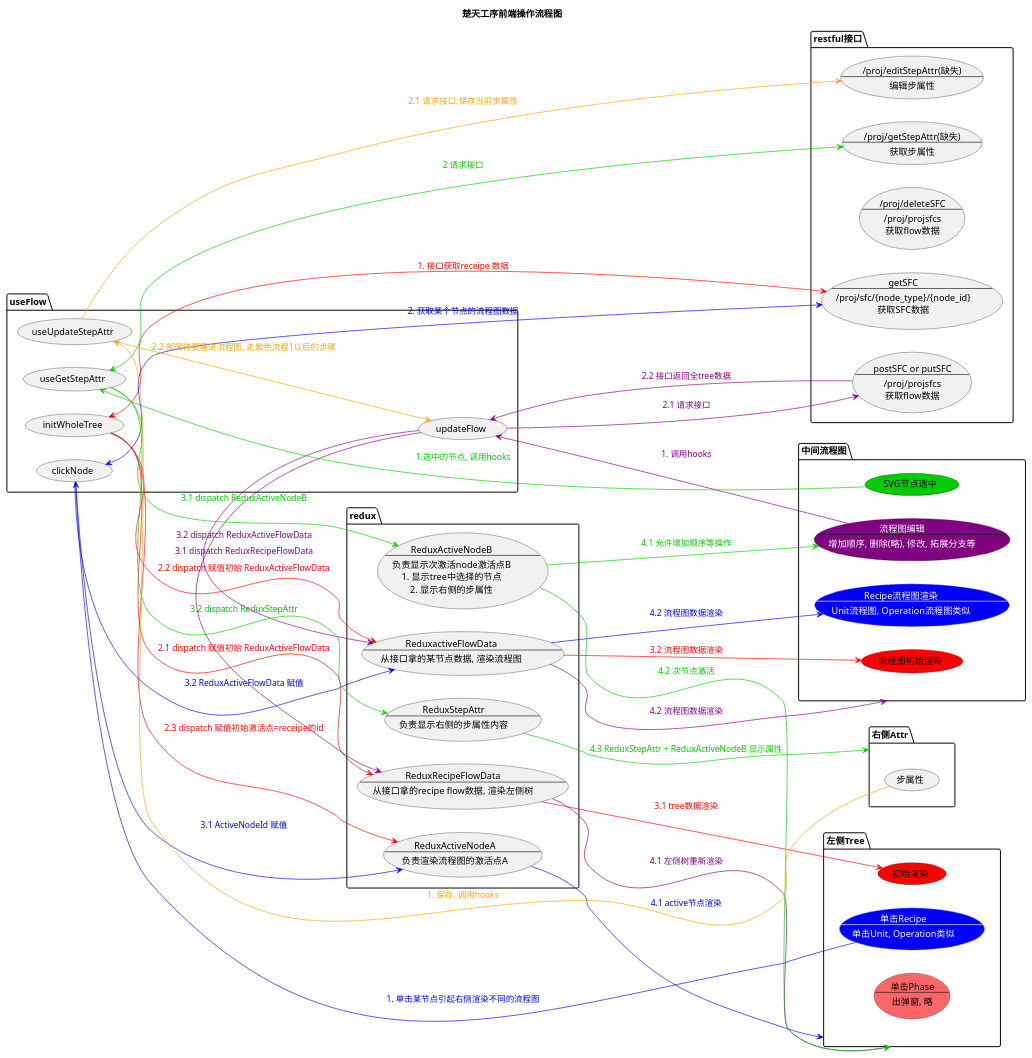
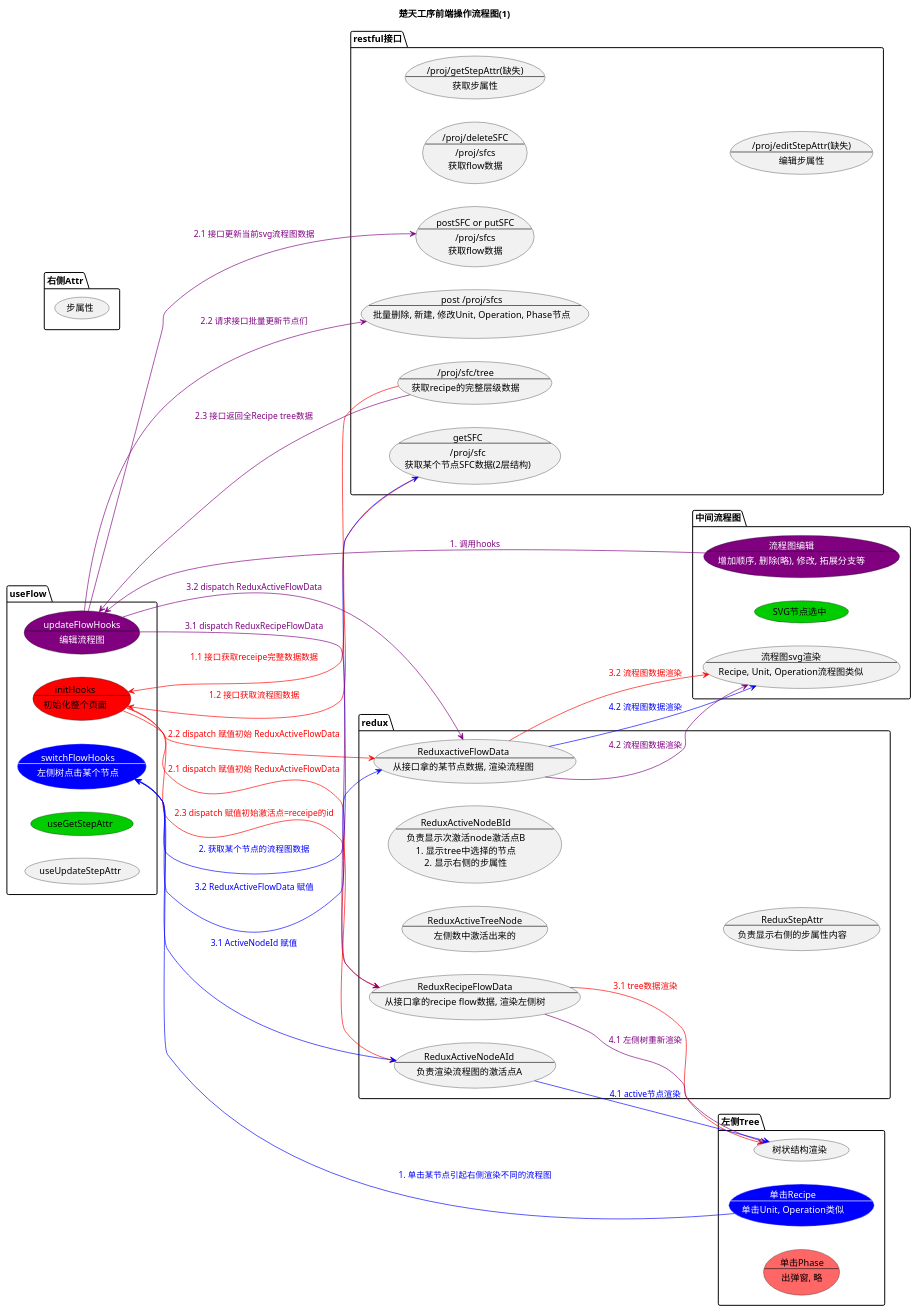
One commit to chase-si/umlDesigns changed the diagram in 楚天-流程图.wsd. Above: the diagram before and after it, drawn with PlantUML. The commit also changed 1 other file, not shown here.

```diff
--- a/楚天-流程图.wsd
+++ b/楚天-流程图.wsd
@@ -1,150 +1,177 @@
 @startuml
-title 楚天工序前端操作流程图
+title 楚天工序前端操作流程图(1)
 left to right direction
 
 package useFlow {
-    usecase initWholeTree
-    usecase clickNode
-    usecase updateFlow
-    usecase useGetStepAttr
+    usecase initHooks #ff0000 as "
+        initHooks
+        ----
+        初始化整个页面
+    "
+    usecase switchFlowHooks #0000ff;line:white;text:white as "
+        switchFlowHooks
+        ----
+        左侧树点击某个节点
+    "
+    usecase updateFlowHooks #purple;text:white as "
+        updateFlowHooks
+        ----
+        编辑流程图
+    "
+    usecase useGetStepAttr #00cc00
     usecase useUpdateStepAttr
 }
 
 package restful接口 {    
     usecase getSFC as "
         getSFC
         ----
-        /proj/sfc/{node_type}/{node_id}
-        获取SFC数据
+        /proj/sfc
+        获取某个节点SFC数据(2层结构)
     "
     usecase editSFC as "
         postSFC or putSFC
         ----
-        /proj/projsfcs
+        /proj/sfcs
         获取flow数据
     "
     usecase deleteSFC as "
         /proj/deleteSFC
         ----
-        /proj/projsfcs
+        /proj/sfcs
         获取flow数据
+    "
+    usecase batchUpdateNodes as "
+        post /proj/sfcs
+        ----
+        批量删除, 新建, 修改Unit, Operation, Phase节点
+    "
+    usecase getRecipeFlow as "
+        /proj/sfc/tree
+        ----
+        获取recipe的完整层级数据
     "
     usecase getStepAttr as "
         /proj/getStepAttr(缺失)
         ----
         获取步属性
     "
     usecase editStepAttr as "
         /proj/editStepAttr(缺失)
         ----
         编辑步属性
     "
 }
 
 package redux {
     usecase ReduxRecipeFlowData as "
         ReduxRecipeFlowData
         ----
         从接口拿的recipe flow数据, 渲染左侧树
     "
     usecase ReduxActiveFlowData as "
         ReduxactiveFlowData
         ----
         从接口拿的某节点数据, 渲染流程图
     "
-    usecase ReduxActiveNodeA as "
-        ReduxActiveNodeA
+    usecase ReduxActiveTreeData as "
+        ReduxActiveTreeNode
+        ----
+        左侧数中激活出来的
+    "
+    ' usecase ReduxActiveFlowData
+    usecase ReduxActiveNodeAId as "
+        ReduxActiveNodeAId
         ----
         负责渲染流程图的激活点A
     "
-    usecase ReduxActiveNodeB as "
-        ReduxActiveNodeB
+    usecase ReduxActiveNodeBId as "
+        ReduxActiveNodeBId
         ----
         负责显示次激活node激活点B
         1. 显示tree中选择的节点
         2. 显示右侧的步属性
     "
     usecase ReduxStepAttr as "
         ReduxStepAttr
         ----
         负责显示右侧的步属性内容
     "
 }
 
 package 左侧Tree {
-    usecase 初始渲染 #ff0000
+    usecase 树状结构渲染 
     usecase 单击Recipe #0000ff;line:white;text:white as "
         单击Recipe
         ---
         单击Unit, Operation类似
     "
     usecase 单击Phase #ff6666 as "
         单击Phase
         ---
         出弹窗, 略
     "
 }
 
 package 中间流程图 {
-    usecase 流程图初始渲染 #ff0000
-
-    usecase Recipe流程图渲染 #0000ff;line:white;text:white as "
-        Recipe流程图渲染
+    usecase 流程图svg渲染 as "
+        流程图svg渲染
         ---
-        Unit流程图, Operation流程图类似
+        Recipe, Unit, Operation流程图类似
     "
     usecase SVG节点选中 #00cc00
     usecase 流程图编辑 #purple;text:white as "
         流程图编辑
         ---
         增加顺序, 删除(略), 修改, 拓展分支等
     "
 }
 
 package 右侧Attr {
     usecase 步属性
 }
 
 '初始渲染
-getSFC <--> initWholeTree #line:ff0000;text:ff0000 : 1. 接口获取receipe 数据
-initWholeTree --> ReduxRecipeFlowData #line:ff0000;text:ff0000 : 2.1 dispatch 赋值初始 ReduxActiveFlowData 
-initWholeTree --> ReduxActiveFlowData #line:ff0000;text:ff0000 : 2.2 dispatch 赋值初始 ReduxActiveFlowData
-initWholeTree --> ReduxActiveNodeA #line:ff0000;text:ff0000 : 2.3 dispatch 赋值初始激活点=receipe的id
-ReduxRecipeFlowData --> 初始渲染 #line:ff0000;text:ff0000 : 3.1 tree数据渲染
-ReduxActiveFlowData --> 流程图初始渲染 #line:ff0000;text:ff0000 : 3.2 流程图数据渲染
-
+initHooks <-- getRecipeFlow #line:ff0000;text:ff0000 : 1.1 接口获取receipe完整数据数据
+initHooks <-- getSFC #line:ff0000;text:ff0000 : 1.2 接口获取流程图数据
+initHooks --> ReduxRecipeFlowData #line:ff0000;text:ff0000 : 2.1 dispatch 赋值初始 ReduxActiveFlowData 
+initHooks --> ReduxActiveFlowData #line:ff0000;text:ff0000 : 2.2 dispatch 赋值初始 ReduxActiveFlowData
+initHooks --> ReduxActiveNodeAId #line:ff0000;text:ff0000 : 2.3 dispatch 赋值初始激活点=receipe的id
+ReduxRecipeFlowData --> 树状结构渲染 #line:ff0000;text:ff0000 : 3.1 tree数据渲染
+ReduxActiveFlowData --> 流程图svg渲染 #line:ff0000;text:ff0000 : 3.2 流程图数据渲染
 
 '网系节点选择渲染不同流程图
-单击Recipe --> clickNode #line:0000ff;text:0000ff : 1. 单击某节点引起右侧渲染不同的流程图
-clickNode <--> getSFC #line:0000ff;text:0000ff : 2. 获取某个节点的流程图数据
-clickNode --> ReduxActiveNodeA #line:0000ff;text:0000ff : 3.1 ActiveNodeId 赋值
-clickNode --> ReduxActiveFlowData #line:0000ff;text:0000ff : 3.2 ReduxActiveFlowData 赋值
-ReduxActiveNodeA --> 左侧Tree #line:0000ff;text:0000ff : 4.1 active节点渲染
-ReduxActiveFlowData --> Recipe流程图渲染 #line:0000ff;text:0000ff : 4.2 流程图数据渲染
+单击Recipe --> switchFlowHooks #line:0000ff;text:0000ff : 1. 单击某节点引起右侧渲染不同的流程图
+switchFlowHooks <--> getSFC #line:0000ff;text:0000ff : 2. 获取某个节点的流程图数据
+switchFlowHooks --> ReduxActiveNodeAId #line:0000ff;text:0000ff : 3.1 ActiveNodeId 赋值
+switchFlowHooks --> ReduxActiveFlowData #line:0000ff;text:0000ff : 3.2 ReduxActiveFlowData 赋值
+ReduxActiveNodeAId --> 树状结构渲染 #line:0000ff;text:0000ff : 4.1 active节点渲染
+ReduxActiveFlowData --> 流程图svg渲染 #line:0000ff;text:0000ff : 4.2 流程图数据渲染
 
-'编辑流程图
-流程图编辑 --> updateFlow #line:purple;text:purple : 1. 调用hooks
-updateFlow --> editSFC #line:purple;text:purple : 2.1 请求接口
-updateFlow <-- editSFC #line:purple;text:purple : 2.2 接口返回全tree数据
-updateFlow --> ReduxRecipeFlowData #line:purple;text:purple : 3.1 dispatch ReduxRecipeFlowData
-updateFlow --> ReduxActiveFlowData #line:purple;text:purple : 3.2 dispatch ReduxActiveFlowData
-ReduxRecipeFlowData --> 左侧Tree #line:purple;text:purple : 4.1 左侧树重新渲染
-ReduxActiveFlowData --> 中间流程图 #line:purple;text:purple : 4.2 流程图数据渲染
+' ' '编辑流程图
+流程图编辑 --> updateFlowHooks #line:purple;text:purple : 1. 调用hooks
+updateFlowHooks --> editSFC #line:purple;text:purple : 2.1 接口更新当前svg流程图数据
+updateFlowHooks --> batchUpdateNodes #line:purple;text:purple : 2.2 请求接口批量更新节点们
+updateFlowHooks <-- getRecipeFlow #line:purple;text:purple : 2.3 接口返回全Recipe tree数据
+updateFlowHooks --> ReduxRecipeFlowData #line:purple;text:purple : 3.1 dispatch ReduxRecipeFlowData
+updateFlowHooks --> ReduxActiveFlowData #line:purple;text:purple : 3.2 dispatch ReduxActiveFlowData
+ReduxRecipeFlowData --> 树状结构渲染 #line:purple;text:purple : 4.1 左侧树重新渲染
+ReduxActiveFlowData --> 流程图svg渲染 #line:purple;text:purple : 4.2 流程图数据渲染
 
-'流程图节点选择
-SVG节点选中 --> useGetStepAttr #line:00cc00;text:00cc00 : 1.选中的节点, 调用hooks
-useGetStepAttr <--> getStepAttr #line:00cc00;text:00cc00 : 2 请求接口
-useGetStepAttr --> ReduxActiveNodeB #line:00cc00;text:00cc00 : 3.1 dispatch ReduxActiveNodeB
-useGetStepAttr --> ReduxStepAttr #line:00cc00;text:00cc00 : 3.2 dispatch ReduxStepAttr
-ReduxActiveNodeB --> 流程图编辑 #line:00cc00;text:00cc00 : 4.1 允许增加顺序等操作
-ReduxActiveNodeB --> 左侧Tree #line:00cc00;text:00cc00 : 4.2 次节点激活
-ReduxStepAttr --> 右侧Attr #line:00cc00;text:00cc00 : 4.3 ReduxStepAttr + ReduxActiveNodeB 显示属性
+' 流程图节点选择
+' SVG节点选中 --> useGetStepAttr #line:00cc00;text:00cc00 : 1.选中的节点, 调用hooks
+' useGetStepAttr <--> getStepAttr #line:00cc00;text:00cc00 : 2 请求接口
+' useGetStepAttr --> ReduxActiveNodeBId #line:00cc00;text:00cc00 : 3.1 dispatch ReduxActiveNodeBId
+' useGetStepAttr --> ReduxStepAttr #line:00cc00;text:00cc00 : 3.2 dispatch ReduxStepAttr
+' ReduxActiveNodeBId --> 流程图编辑 #line:00cc00;text:00cc00 : 4.1 允许增加顺序等操作
+' ReduxActiveNodeBId --> 左侧Tree #line:00cc00;text:00cc00 : 4.2 次节点激活
+' ReduxStepAttr --> 右侧Attr #line:00cc00;text:00cc00 : 4.3 ReduxStepAttr + ReduxActiveNodeBId 显示属性
 
-'编辑步属性
-步属性 --> useUpdateStepAttr #line:orange;text:orange : 1. 保存, 调用hooks
-useUpdateStepAttr --> editStepAttr #line:orange;text:orange : 2.1 请求接口,保存当前步属性
-useUpdateStepAttr --> updateFlow #line:orange;text:orange : 2.2 部属性要塞进流程图, 走紫色流程1以后的步骤
+' 编辑步属性
+' 步属性 --> useUpdateStepAttr #line:orange;text:orange : 1. 保存, 调用hooks
+' useUpdateStepAttr --> editStepAttr #line:orange;text:orange : 2.1 请求接口,保存当前步属性
+' useUpdateStepAttr --> updateFlowHooks #line:orange;text:orange : 2.2 部属性要塞进流程图, 走紫色流程1以后的步骤
 
 ' todo 预留撤销操作的存储
-' ReduxRecipeFlowData --> ReduxActiveFlowData #line:purple;text:purple : 2. 根据ReduxActiveNodeA 重新影响 ReduxActiveFlowData
+' ReduxRecipeFlowData --> ReduxActiveFlowData #line:purple;text:purple : 2. 根据ReduxActiveNodeAId 重新影响 ReduxActiveFlowData
 @enduml
```
